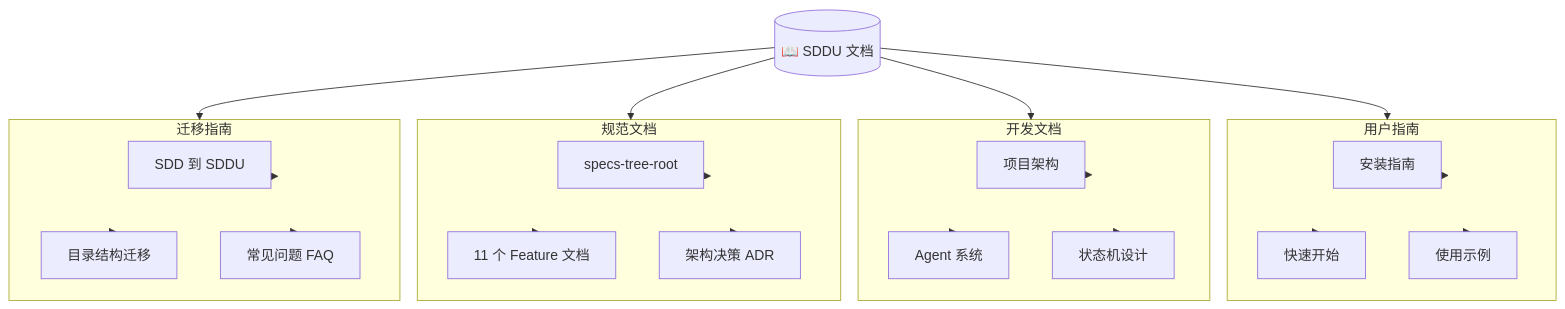
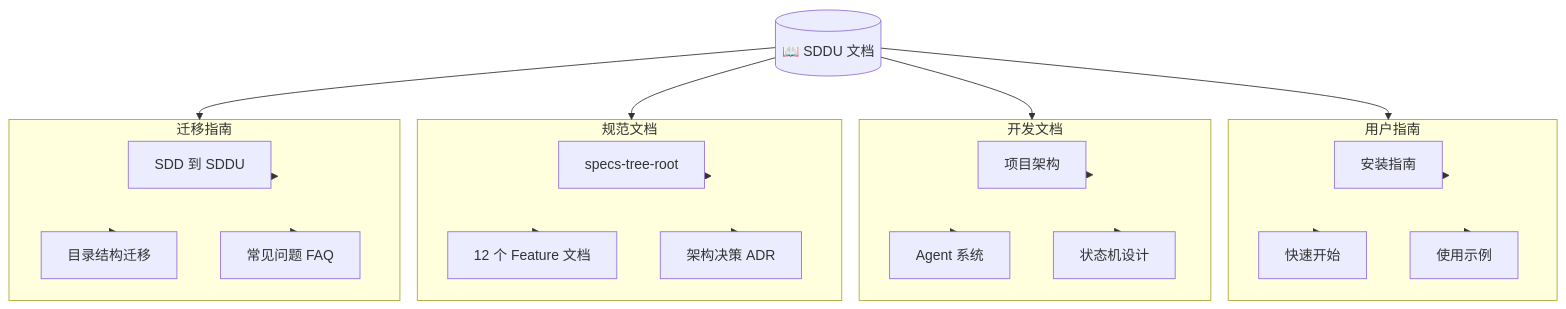
Before and after one commit to THZSummer/sddu: the fifth of 5 diagrams in README.md, drawn with Mermaid. The commit also changed other lines of this file, not shown here.

````diff
--- a/README.md
+++ b/README.md
@@ -521,38 +517,38 @@
 ```mermaid
 flowchart TD
     root[("📖 SDDU 文档")]
     
     subgraph Guide[用户指南]
         G1[安装指南]
         G2[快速开始]
         G3[使用示例]
     end
     
     subgraph Dev[开发文档]
         D1[项目架构]
         D2[Agent 系统]
         D3[状态机设计]
     end
     
     subgraph Spec[规范文档]
         S1[specs-tree-root]
-        S2[11 个 Feature 文档]
+        S2[12 个 Feature 文档]
         S3[架构决策 ADR]
     end
     
     subgraph Mig[迁移指南]
         M1[SDD 到 SDDU]
         M2[目录结构迁移]
         M3[常见问题 FAQ]
     end
     
     root --> Guide
     root --> Dev
     root --> Spec
     root --> Mig
     
     Guide --> G1 & G2 & G3
     Dev --> D1 & D2 & D3
     Spec --> S1 & S2 & S3
     Mig --> M1 & M2 & M3
 ```
````
